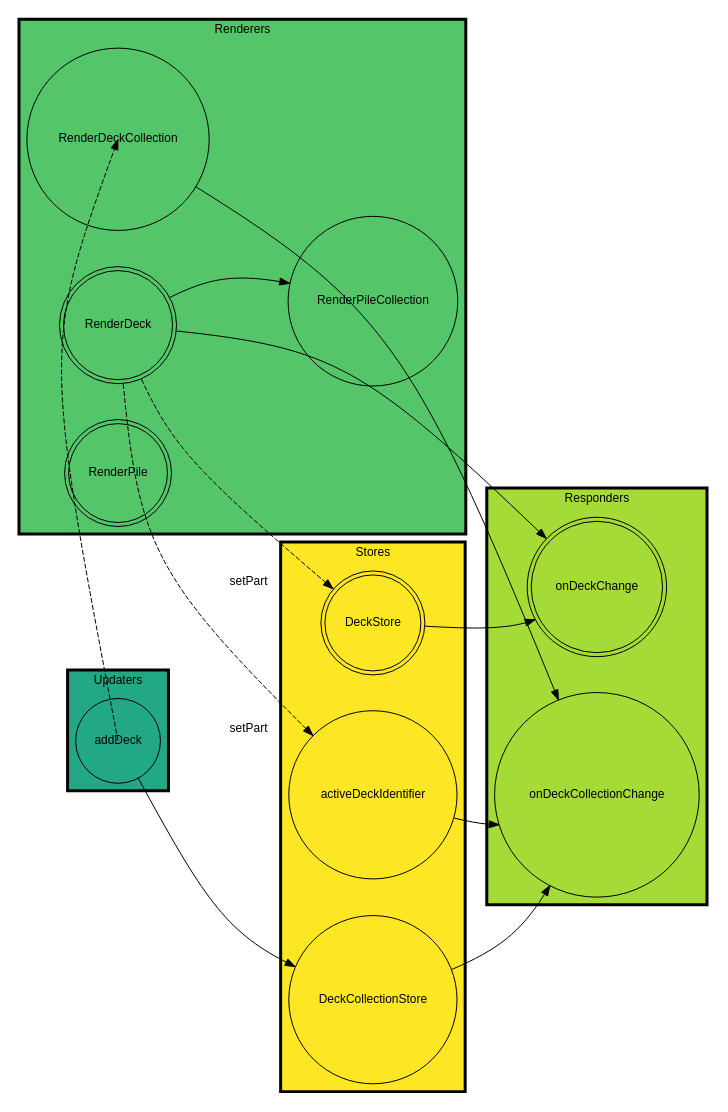
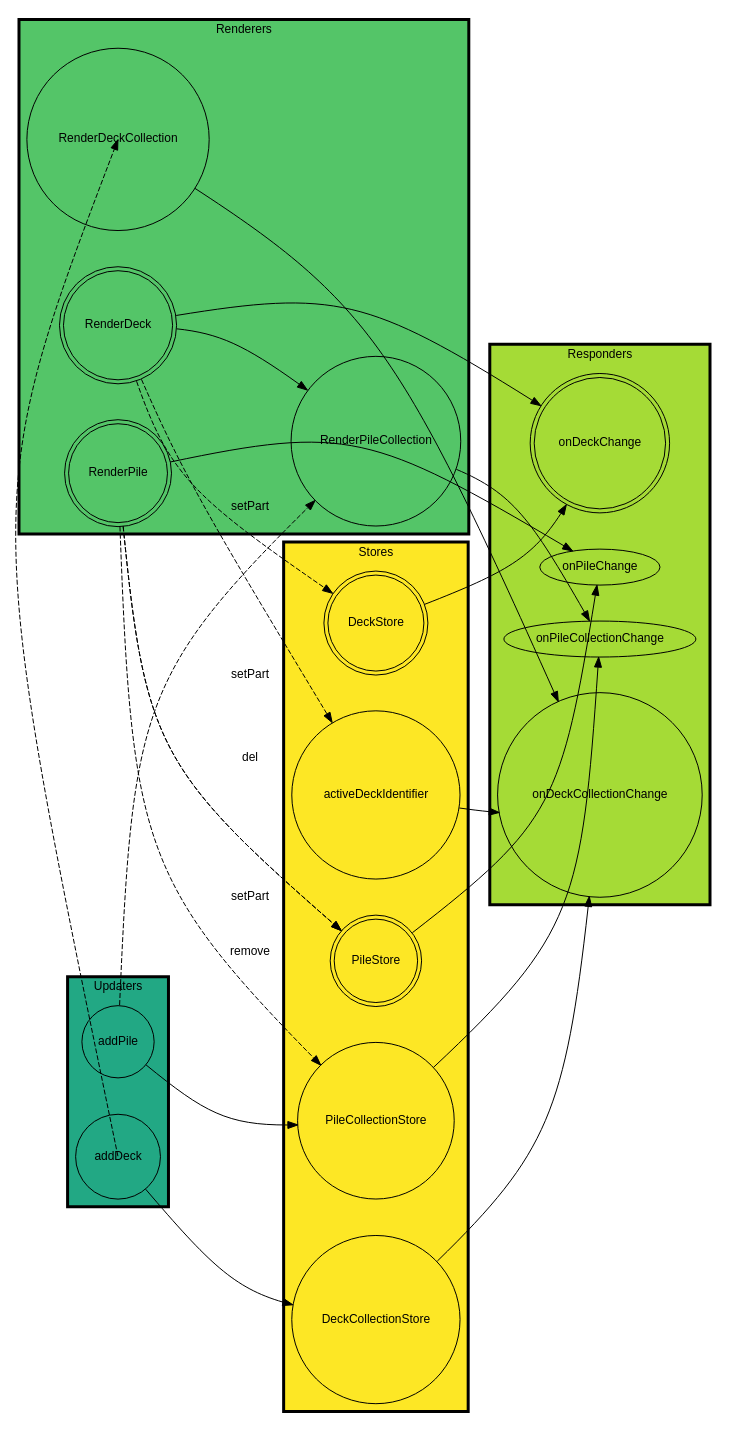
Before and after one commit to jimkang/cardfields: the diagram in meta/machines.dot, drawn with Graphviz. The commit also changed 1 other file, not shown here.

Commit message:
Add pile parts of diagram.

```diff
--- a/meta/machines.dot
+++ b/meta/machines.dot
@@ -1,65 +1,78 @@
 digraph {
   rankdir="LR";
   graph [fontsize=12, fontname=Helvetica, penwidth=3];
   node [fontsize=12, fontname=Helvetica];
   edge [fontsize=12, fontname=Helvetica];
   nodesep=0.5;
   mindist=3.0;
   mclimit=10.0;
   splines="curved";
 
   subgraph cluster_stores {
     label="Stores";
     bgcolor="#fde725";
     DeckCollectionStore [shape=circle];
     DeckStore [shape=doublecircle];
     activeDeckIdentifier [shape=circle];
+    PileCollectionStore [shape=circle];
+    PileStore [shape=doublecircle];
   }
 
   subgraph cluster_responders {
     label="Responders";
     bgcolor="#a5db36";
 
     onDeckCollectionChange [shape=circle];
     onDeckChange [shape=doublecircle];
 
     DeckCollectionStore -> onDeckCollectionChange;
     activeDeckIdentifier -> onDeckCollectionChange;
     DeckStore -> onDeckChange;
+    PileCollectionStore -> onPileCollectionChange;
+    PileStore -> onPileChange;
   }
 
   subgraph cluster_renderers {
     label="Renderers";
     bgcolor="#54c568";
 
     RenderDeckCollection [shape=circle];
     RenderDeck [shape=doublecircle];
     RenderPileCollection [shape=circle];
     RenderPile [shape=doublecircle];
 
     onDeckCollectionChange -> RenderDeckCollection;
     onDeckChange -> RenderDeck;
     RenderDeck -> RenderPileCollection;
+
+    onPileCollectionChange -> RenderPileCollection;
+    onPileChange -> RenderPile;
   }
 
   subgraph cluster_updaters {
     label="Updaters";
     bgcolor="#22a884";
 
     addDeck [shape=circle];
+    addPile [shape=circle];
     addDeck -> DeckCollectionStore;
+    addPile -> PileCollectionStore;
     RenderDeckCollection -> addDeck [style=dashed];
     RenderDeck -> activeDeckIdentifier [style=dashed, label="setPart"];
     RenderDeck -> DeckStore [style=dashed, label="setPart"];
+    RenderPileCollection -> addPile [style=dashed];
+    RenderPile -> PileCollectionStore [style=dashed, label="remove"];
+    RenderPile -> PileStore [style=dashed, label="del"];
+    RenderPile -> PileStore [style=dashed, label="setPart"];
   }
 
   //subgraph cluster_legend {
     //label="Legend";
 //
     //singleEntity [shape=circle, label="Single entity"];
     //multipleEntities [shape=doublecircle, label="Multiple entities"];
 //
     //a -> b [label="Call"];
     //c -> d [style=dashed, label="Conditional call"];
   //}
 }
```
